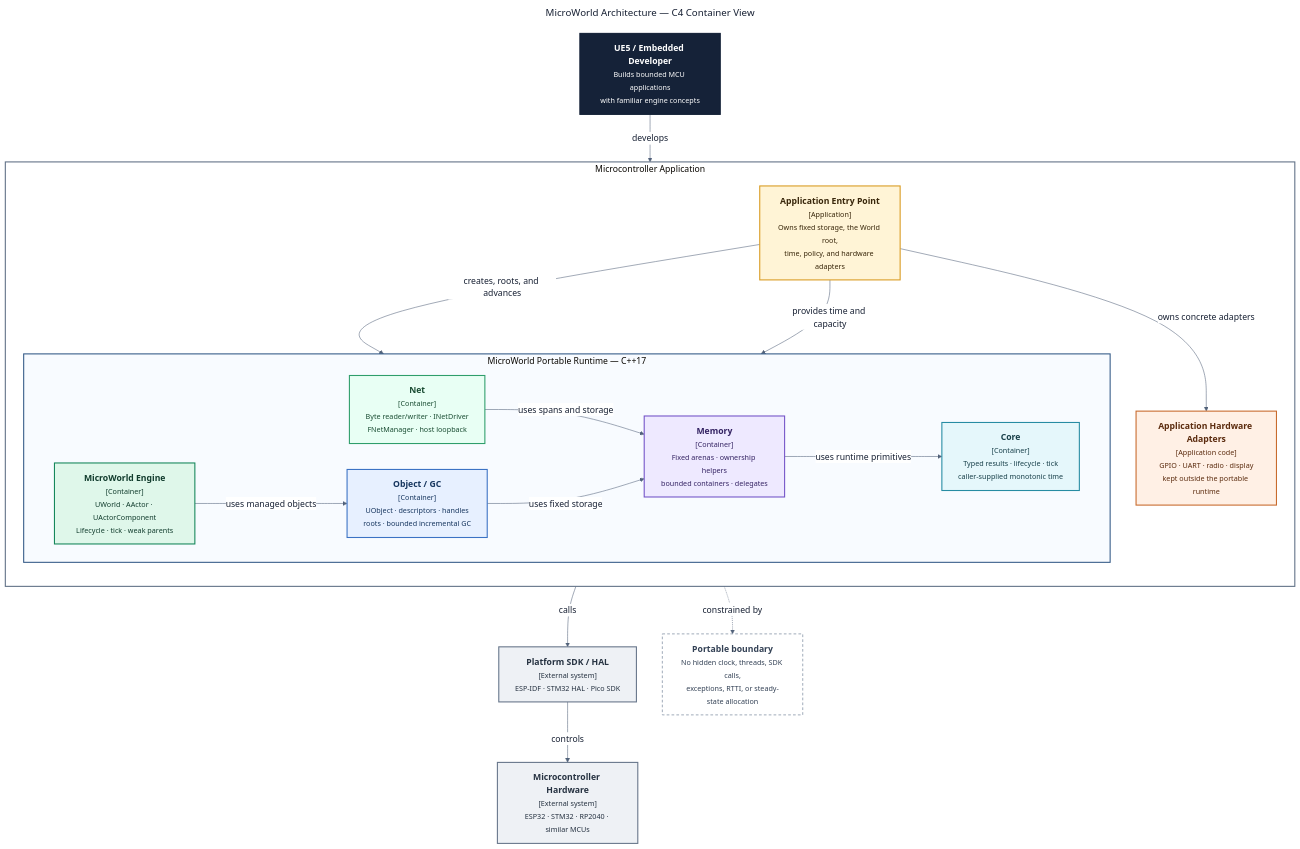
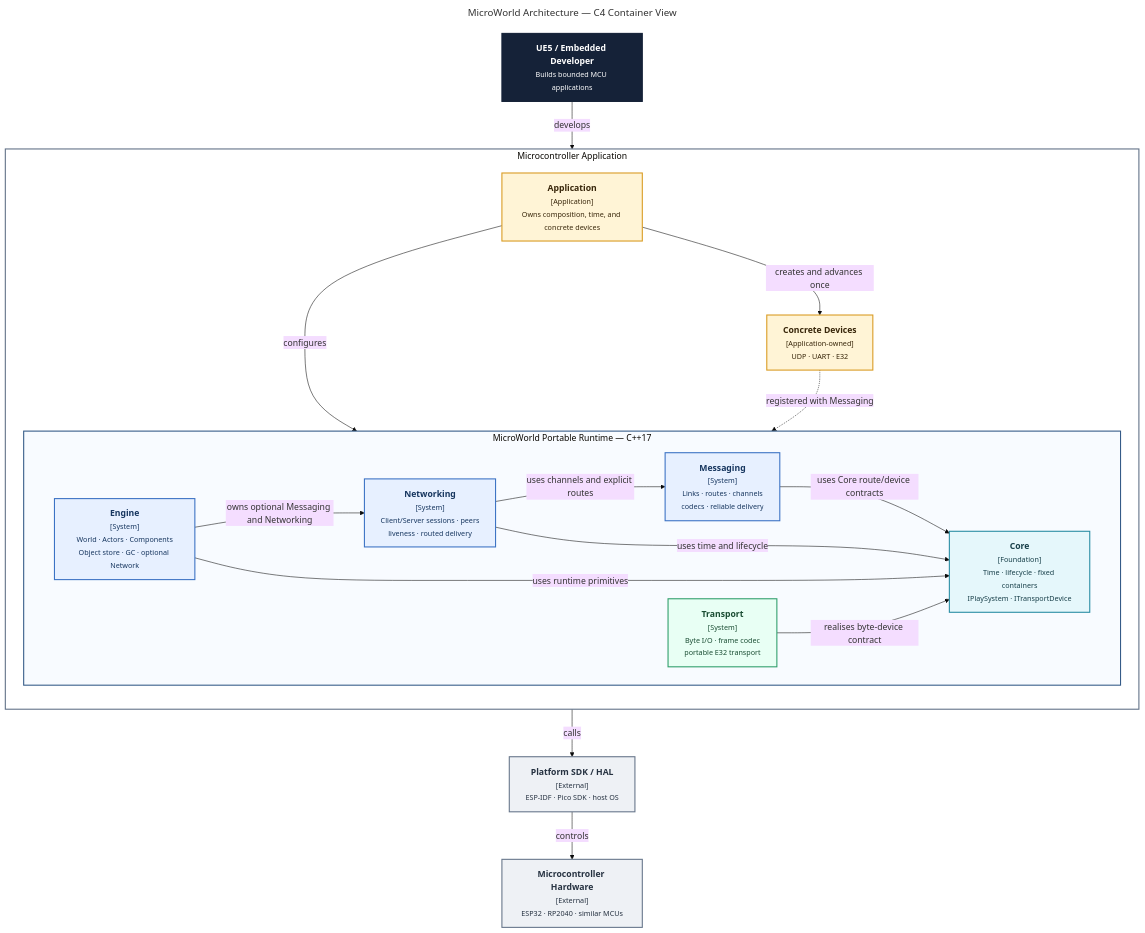
Before and after one commit to musicofsilence-public/MicroWorld: the diagram in docs/diagrams/microworld-c4-architecture.mmd, drawn with Mermaid. The commit also changed 145 other files, not shown here.

First line of the commit message:
refactor(Networking): Restore networking above messaging

```diff
--- a/docs/diagrams/microworld-c4-architecture.mmd
+++ b/docs/diagrams/microworld-c4-architecture.mmd
@@ -1,83 +1,56 @@
 ---
 title: MicroWorld Architecture — C4 Container View
 ---
-%%{init: {
-  "theme": "base",
-  "themeVariables": {
-    "fontFamily": "Segoe UI, Arial, sans-serif",
-    "primaryTextColor": "#172033",
-    "lineColor": "#52627a",
-    "clusterBkg": "#f7f9fc",
-    "clusterBorder": "#a7b4c8",
-    "edgeLabelBackground": "#ffffff"
-  },
-  "flowchart": {
-    "htmlLabels": true,
-    "curve": "basis",
-    "nodeSpacing": 48,
-    "rankSpacing": 64
-  }
-}}%%
+%%{init: {"theme": "base", "flowchart": {"htmlLabels": true, "curve": "basis", "nodeSpacing": 48, "rankSpacing": 64}}}%%
 flowchart TB
-    DEV["<b>UE5 / Embedded Developer</b><br/><small>Builds bounded MCU applications<br/>with familiar engine concepts</small>"]
+    DEV["<b>UE5 / Embedded Developer</b><br/><small>Builds bounded MCU applications</small>"]
 
     subgraph DEVICE["Microcontroller Application"]
         direction TB
-
-        APP["<b>Application Entry Point</b><br/><small>[Application]<br/>Owns fixed storage, the World root,<br/>time, policy, and hardware adapters</small>"]
+        APP["<b>Application</b><br/><small>[Application]<br/>Owns composition, time, and concrete devices</small>"]
 
         subgraph MW["MicroWorld Portable Runtime — C++17"]
             direction LR
-            ENGINE["<b>MicroWorld Engine</b><br/><small>[Container]<br/>UWorld · AActor · UActorComponent<br/>Lifecycle · tick · weak parents</small>"]
-            NET["<b>Net</b><br/><small>[Container]<br/>Byte reader/writer · INetDriver<br/>FNetManager · host loopback</small>"]
-            OBJECT["<b>Object / GC</b><br/><small>[Container]<br/>UObject · descriptors · handles<br/>roots · bounded incremental GC</small>"]
-            MEMORY["<b>Memory</b><br/><small>[Container]<br/>Fixed arenas · ownership helpers<br/>bounded containers · delegates</small>"]
-            CORE["<b>Core</b><br/><small>[Container]<br/>Typed results · lifecycle · tick<br/>caller-supplied monotonic time</small>"]
+            CORE["<b>Core</b><br/><small>[Foundation]<br/>Time · lifecycle · fixed containers<br/>IPlaySystem · ITransportDevice</small>"]
+            MSG["<b>Messaging</b><br/><small>[System]<br/>Links · routes · channels<br/>codecs · reliable delivery</small>"]
+            NET["<b>Networking</b><br/><small>[System]<br/>Client/Server sessions · peers<br/>liveness · routed delivery</small>"]
+            ENGINE["<b>Engine</b><br/><small>[System]<br/>World · Actors · Components<br/>Object store · GC · optional Network</small>"]
+            TRANSPORT["<b>Transport</b><br/><small>[System]<br/>Byte I/O · frame codec<br/>portable E32 transport</small>"]
 
-            ENGINE -->|"uses managed objects"| OBJECT
-            NET -->|"uses spans and storage"| MEMORY
-            OBJECT -->|"uses fixed storage"| MEMORY
-            MEMORY -->|"uses runtime primitives"| CORE
+            MSG -->|"uses Core route/device contracts"| CORE
+            NET -->|"uses channels and explicit routes"| MSG
+            NET -->|"uses time and lifecycle"| CORE
+            ENGINE -->|"owns optional Messaging and Networking"| NET
+            ENGINE -->|"uses runtime primitives"| CORE
+            TRANSPORT -->|"realises byte-device contract"| CORE
         end
 
-        ADAPTERS["<b>Application Hardware Adapters</b><br/><small>[Application code]<br/>GPIO · UART · radio · display<br/>kept outside the portable runtime</small>"]
-
-        APP -->|"creates, roots, and advances"| ENGINE
-        APP -->|"provides time and capacity"| CORE
-        APP -->|"owns concrete adapters"| ADAPTERS
+        DEVICES["<b>Concrete Devices</b><br/><small>[Application-owned]<br/>UDP · UART · E32</small>"]
+        APP -->|"creates and advances once"| DEVICES
+        APP -->|"configures"| ENGINE
+        DEVICES -. "registered with Messaging" .-> MSG
     end
 
-    SDK["<b>Platform SDK / HAL</b><br/><small>[External system]<br/>ESP-IDF · STM32 HAL · Pico SDK</small>"]
-    MCU["<b>Microcontroller Hardware</b><br/><small>[External system]<br/>ESP32 · STM32 · RP2040 · similar MCUs</small>"]
+    SDK["<b>Platform SDK / HAL</b><br/><small>[External]<br/>ESP-IDF · Pico SDK · host OS</small>"]
+    MCU["<b>Microcontroller Hardware</b><br/><small>[External]<br/>ESP32 · RP2040 · similar MCUs</small>"]
 
     DEV -->|"develops"| APP
-    ADAPTERS -->|"calls"| SDK
+    DEVICES -->|"calls"| SDK
     SDK -->|"controls"| MCU
-
-    PORTABLE["<b>Portable boundary</b><br/><small>No hidden clock, threads, SDK calls,<br/>exceptions, RTTI, or steady-state allocation</small>"]
-    MW -. "constrained by" .-> PORTABLE
 
     classDef person fill:#152238,stroke:#152238,color:#ffffff,stroke-width:2px;
     classDef application fill:#fff4d6,stroke:#d99b22,color:#38260a,stroke-width:2px;
-    classDef engine fill:#dff7ea,stroke:#16875b,color:#113c2d,stroke-width:2px;
-    classDef object fill:#e7f0ff,stroke:#3b72c4,color:#17365f,stroke-width:2px;
-    classDef memory fill:#eee9ff,stroke:#7454c8,color:#342363,stroke-width:2px;
-    classDef net fill:#e8fff4,stroke:#2f9e6b,color:#1a4d33,stroke-width:2px;
+    classDef system fill:#e7f0ff,stroke:#3b72c4,color:#17365f,stroke-width:2px;
     classDef core fill:#e5f7fb,stroke:#278ca3,color:#173f49,stroke-width:2px;
-    classDef adapter fill:#fff0e5,stroke:#c86b2d,color:#5b2b0e,stroke-width:2px;
+    classDef transport fill:#e8fff4,stroke:#2f9e6b,color:#1a4d33,stroke-width:2px;
     classDef external fill:#eef1f5,stroke:#66758a,color:#263241,stroke-width:2px;
-    classDef note fill:#ffffff,stroke:#8a98aa,color:#334155,stroke-width:1.5px,stroke-dasharray: 5 4;
 
     class DEV person;
-    class APP application;
-    class ENGINE engine;
-    class NET net;
-    class OBJECT object;
-    class MEMORY memory;
+    class APP,DEVICES application;
     class CORE core;
-    class ADAPTERS adapter;
+    class MSG,NET,ENGINE system;
+    class TRANSPORT transport;
     class SDK,MCU external;
-    class PORTABLE note;
 
     style DEVICE fill:#ffffff,stroke:#607086,stroke-width:2px
     style MW fill:#f8fbff,stroke:#355b88,stroke-width:2px
```
